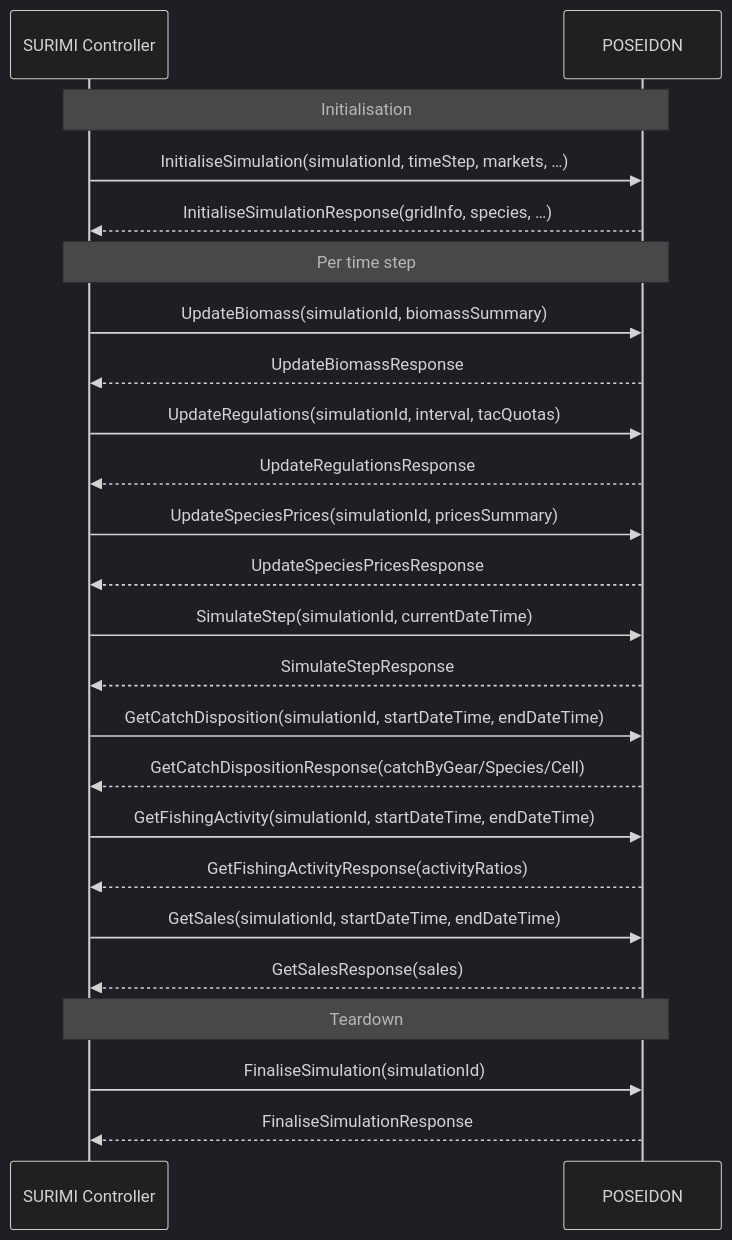
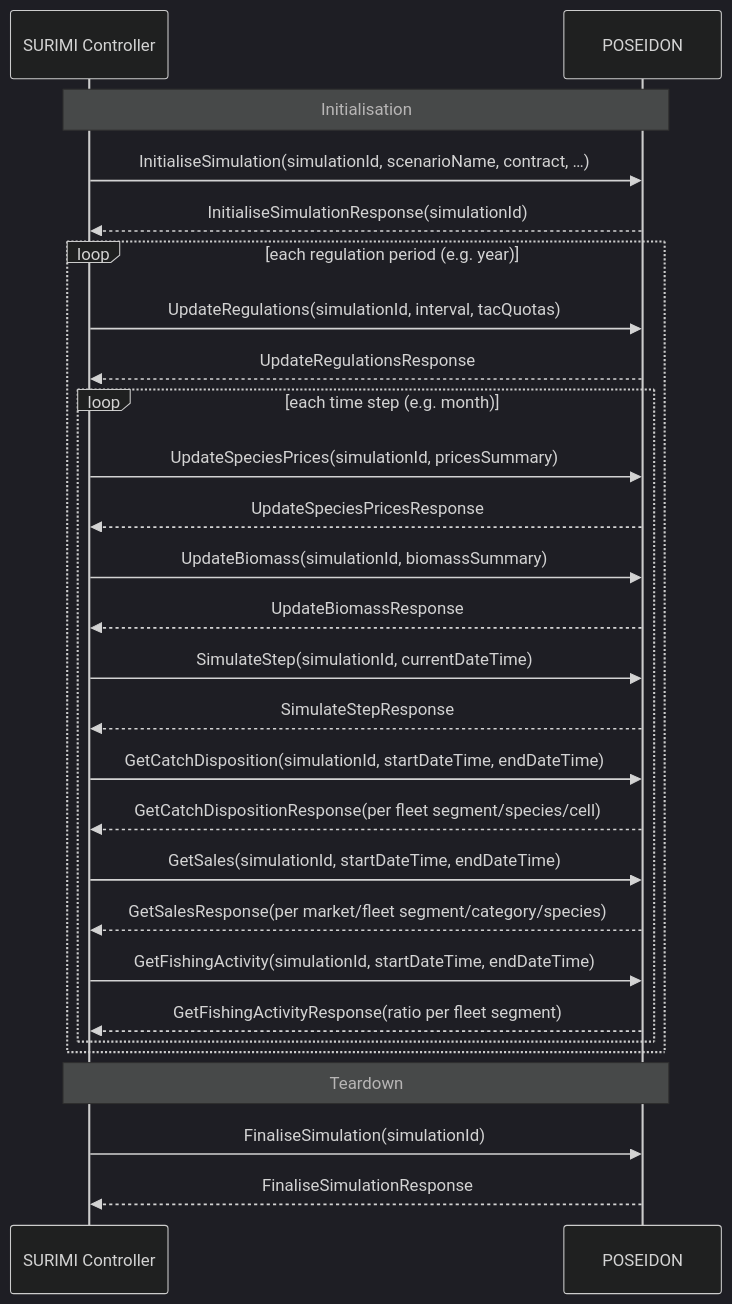
The second of 2 diagrams in POSEIDON_architecture.md (SURIMI-Project/SURIMI-POSEIDON), drawn with Mermaid (dark theme) before and after one commit. The commit also changed other lines of this file, not shown here.

First line of the commit message:
Update POSEIDON_architecture.md to match the code

````diff
--- a/POSEIDON_architecture.md
+++ b/POSEIDON_architecture.md
@@ -164,35 +195,38 @@
 ```mermaid
 sequenceDiagram
     participant C as SURIMI Controller
     participant P as POSEIDON
 
     Note over C,P: Initialisation
-    C->>P: InitialiseSimulation(simulationId, timeStep, markets, …)
-    P-->>C: InitialiseSimulationResponse(gridInfo, species, …)
+    C->>P: InitialiseSimulation(simulationId, scenarioName, contract, …)
+    P-->>C: InitialiseSimulationResponse(simulationId)
 
-    Note over C,P: Per time step
-    C->>P: UpdateBiomass(simulationId, biomassSummary)
-    P-->>C: UpdateBiomassResponse
+    loop each regulation period (e.g. year)
+        C->>P: UpdateRegulations(simulationId, interval, tacQuotas)
+        P-->>C: UpdateRegulationsResponse
 
-    C->>P: UpdateRegulations(simulationId, interval, tacQuotas)
-    P-->>C: UpdateRegulationsResponse
+        loop each time step (e.g. month)
+            C->>P: UpdateSpeciesPrices(simulationId, pricesSummary)
+            P-->>C: UpdateSpeciesPricesResponse
 
-    C->>P: UpdateSpeciesPrices(simulationId, pricesSummary)
-    P-->>C: UpdateSpeciesPricesResponse
+            C->>P: UpdateBiomass(simulationId, biomassSummary)
+            P-->>C: UpdateBiomassResponse
 
-    C->>P: SimulateStep(simulationId, currentDateTime)
-    P-->>C: SimulateStepResponse
+            C->>P: SimulateStep(simulationId, currentDateTime)
+            P-->>C: SimulateStepResponse
 
-    C->>P: GetCatchDisposition(simulationId, startDateTime, endDateTime)
-    P-->>C: GetCatchDispositionResponse(catchByGear/Species/Cell)
+            C->>P: GetCatchDisposition(simulationId, startDateTime, endDateTime)
+            P-->>C: GetCatchDispositionResponse(per fleet segment/species/cell)
 
-    C->>P: GetFishingActivity(simulationId, startDateTime, endDateTime)
-    P-->>C: GetFishingActivityResponse(activityRatios)
+            C->>P: GetSales(simulationId, startDateTime, endDateTime)
+            P-->>C: GetSalesResponse(per market/fleet segment/category/species)
 
-    C->>P: GetSales(simulationId, startDateTime, endDateTime)
-    P-->>C: GetSalesResponse(sales)
+            C->>P: GetFishingActivity(simulationId, startDateTime, endDateTime)
+            P-->>C: GetFishingActivityResponse(ratio per fleet segment)
+        end
+    end
 
     Note over C,P: Teardown
     C->>P: FinaliseSimulation(simulationId)
     P-->>C: FinaliseSimulationResponse
 ```
````
